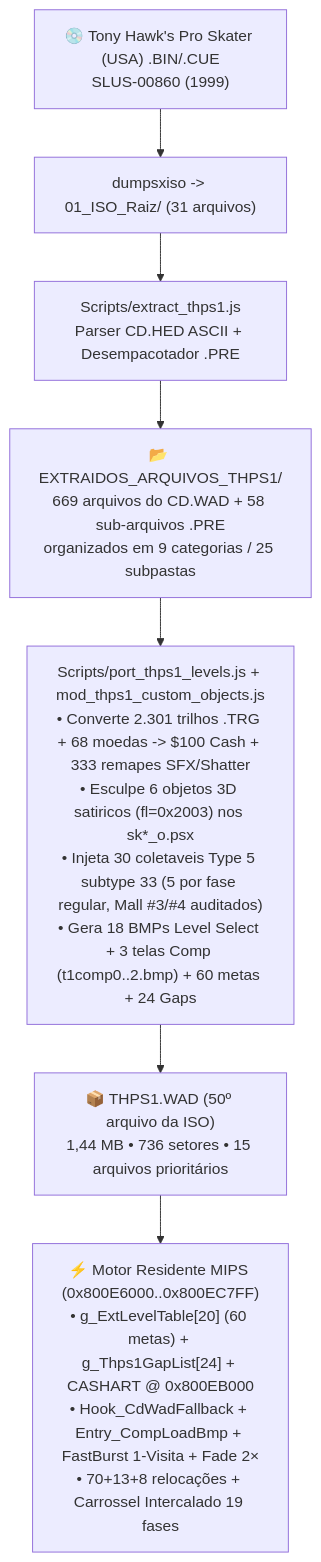
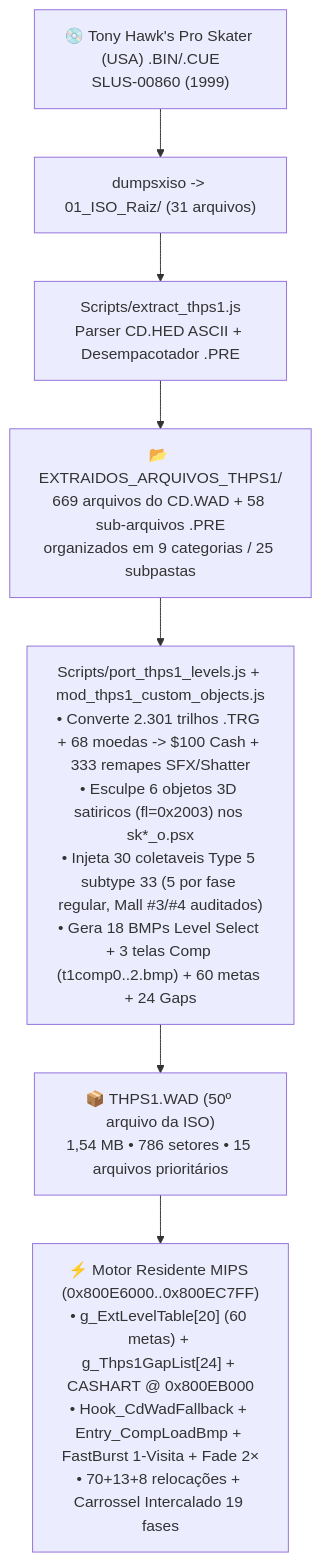
Before and after one commit to WagnerxOliveira/Tony_Hawk-s_Pro_Skater_2_Mod_PSX: the diagram in Docs/MAPA_14_THPS1_ARQUIVOS_E_ENGENHARIA_REVERSA.md, drawn with Mermaid. The commit also changed other lines of this file and 9 other files, not shown here.

````diff
--- a/Docs/MAPA_14_THPS1_ARQUIVOS_E_ENGENHARIA_REVERSA.md
+++ b/Docs/MAPA_14_THPS1_ARQUIVOS_E_ENGENHARIA_REVERSA.md
@@ -24,9 +24,9 @@
 ```mermaid
 flowchart TB
     ISO["💿 Tony Hawk's Pro Skater (USA) .BIN/.CUE<br/>SLUS-00860 (1999)"] --> DUMP["dumpsxiso -> 01_ISO_Raiz/ (31 arquivos)"]
     DUMP --> EXT["Scripts/extract_thps1.js<br/>Parser CD.HED ASCII + Desempacotador .PRE"]
     EXT --> TREE["📂 EXTRAIDOS_ARQUIVOS_THPS1/<br/>669 arquivos do CD.WAD + 58 sub-arquivos .PRE<br/>organizados em 9 categorias / 25 subpastas"]
     TREE --> PORT["Scripts/port_thps1_levels.js + mod_thps1_custom_objects.js<br/>• Converte 2.301 trilhos .TRG + 68 moedas -> $100 Cash + 333 remapes SFX/Shatter<br/>• Esculpe 6 objetos 3D satiricos (fl=0x2003) nos sk*_o.psx<br/>• Injeta 30 coletaveis Type 5 subtype 33 (5 por fase regular, Mall #3/#4 auditados)<br/>• Gera 18 BMPs Level Select + 3 telas Comp (t1comp0..2.bmp) + 60 metas + 24 Gaps"]
-    PORT --> WAD["📦 THPS1.WAD (50º arquivo da ISO)<br/>1,44 MB • 736 setores • 15 arquivos prioritários"]
+    PORT --> WAD["📦 THPS1.WAD (50º arquivo da ISO)<br/>1,54 MB • 786 setores • 15 arquivos prioritários"]
     WAD --> ENG["⚡ Motor Residente MIPS (0x800E6000..0x800EC7FF)<br/>• g_ExtLevelTable[20] (60 metas) + g_Thps1GapList[24] + CASHART @ 0x800EB000<br/>• Hook_CdWadFallback + Entry_CompLoadBmp + FastBurst 1-Visita + Fade 2×<br/>• 70+13+8 relocações + Carrossel Intercalado 19 fases"]
 ```
````
